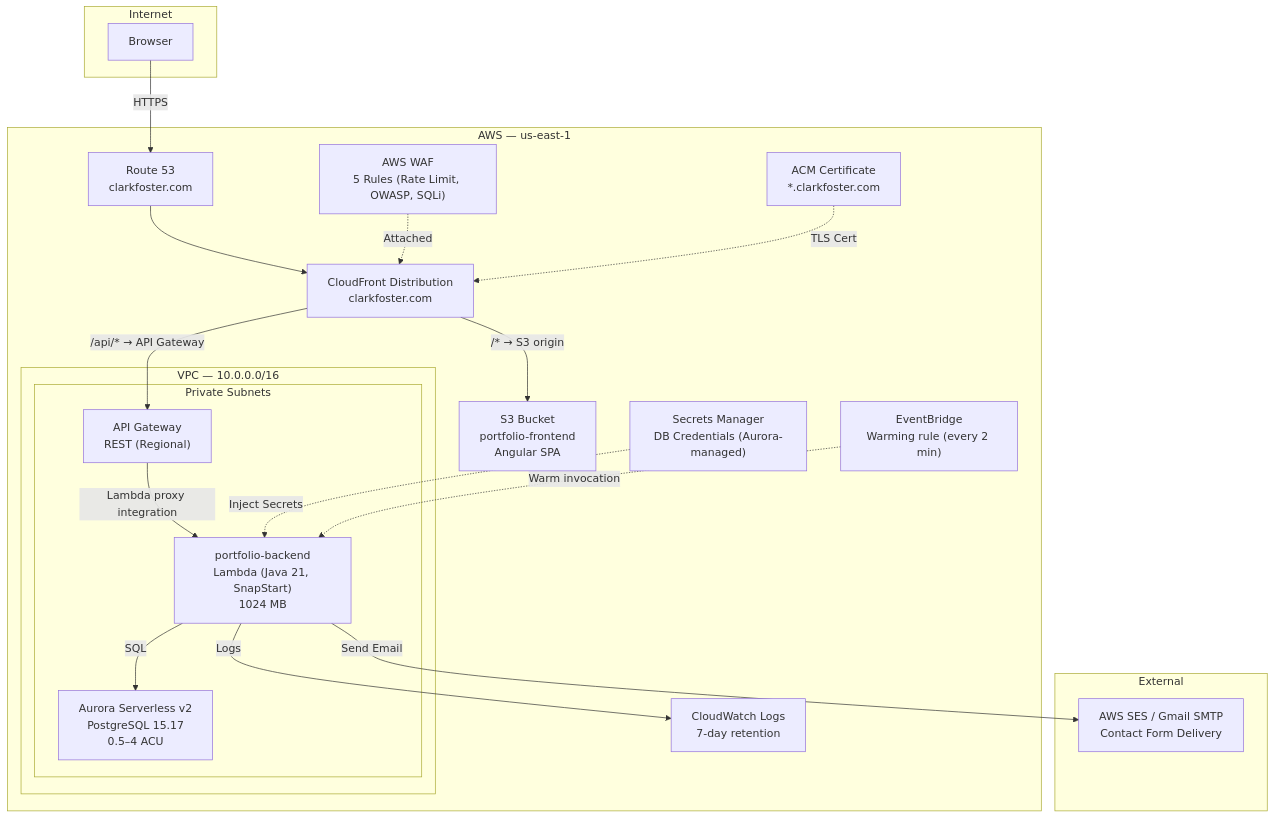
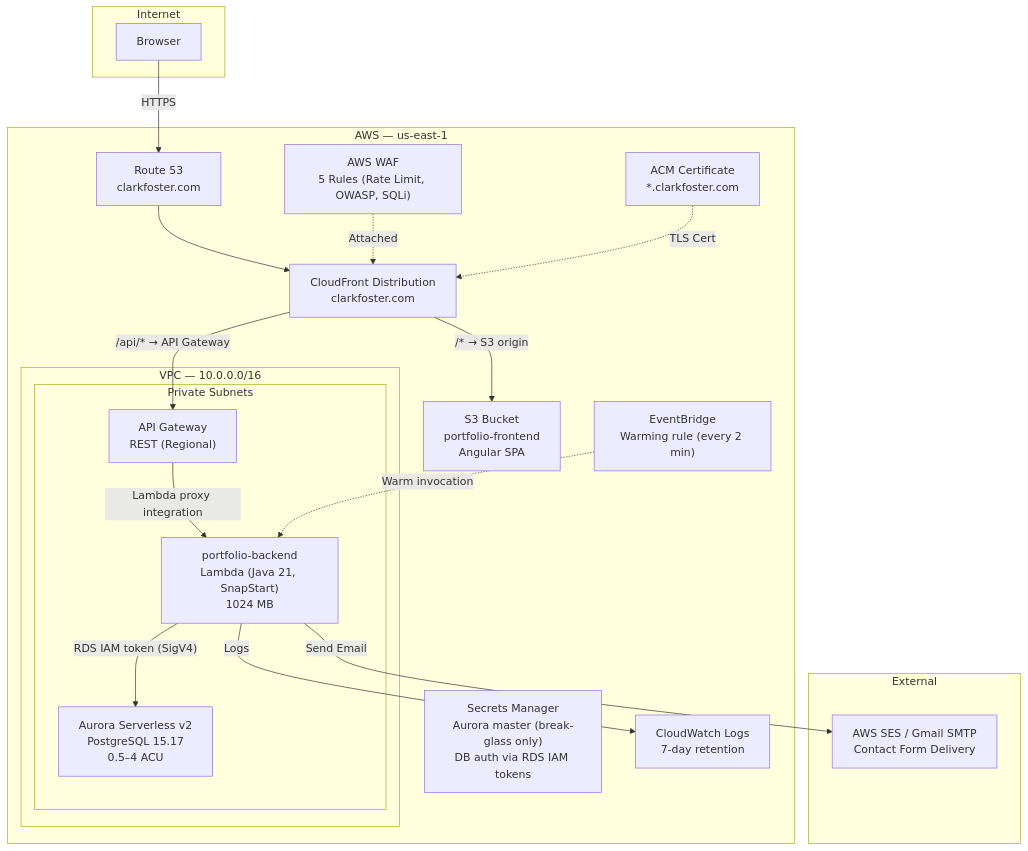
The first of 16 diagrams in portfolio-frontend/public/docs/ARCHITECTURE.md (clark22134/MyPortfolioWebsite), drawn with Mermaid before and after one commit. The commit also changed other lines of this file and 39 other files, not shown here.

````diff
--- a/portfolio-frontend/public/docs/ARCHITECTURE.md
+++ b/portfolio-frontend/public/docs/ARCHITECTURE.md
@@ -9,43 +9,42 @@
 ```mermaid
 graph TB
     subgraph Internet
         Browser[Browser]
     end
 
     subgraph AWS["AWS — us-east-1"]
         Route53["Route 53<br/>clarkfoster.com"]
         WAF["AWS WAF<br/>5 Rules (Rate Limit, OWASP, SQLi)"]
         ACM["ACM Certificate<br/>*.clarkfoster.com"]
         CF["CloudFront Distribution<br/>clarkfoster.com"]
         S3["S3 Bucket<br/>portfolio-frontend<br/>Angular SPA"]
 
         subgraph VPC["VPC — 10.0.0.0/16"]
             subgraph Private["Private Subnets"]
                 APIGW["API Gateway<br/>REST (Regional)"]
                 Lambda["portfolio-backend<br/>Lambda (Java 21, SnapStart)<br/>1024 MB"]
                 Aurora["Aurora Serverless v2<br/>PostgreSQL 15.17<br/>0.5–4 ACU"]
             end
         end
 
-        SM["Secrets Manager<br/>DB Credentials (Aurora-managed)"]
+        SM["Secrets Manager<br/>Aurora master (break-glass only)<br/>DB auth via RDS IAM tokens"]
         CW["CloudWatch Logs<br/>7-day retention"]
         EB["EventBridge<br/>Warming rule (every 2 min)"]
     end
 
     subgraph External
         SMTP["AWS SES / Gmail SMTP<br/>Contact Form Delivery"]
     end
 
     Browser -->|HTTPS| Route53
     Route53 --> CF
     WAF -.->|Attached| CF
     ACM -.->|TLS Cert| CF
     CF -->|"/* → S3 origin"| S3
     CF -->|"/api/* → API Gateway"| APIGW
     APIGW -->|Lambda proxy integration| Lambda
-    Lambda -->|SQL| Aurora
+    Lambda -->|"RDS IAM token (SigV4)"| Aurora
     Lambda -->|Send Email| SMTP
-    SM -.->|Inject Secrets| Lambda
     Lambda -->|Logs| CW
     EB -.->|Warm invocation| Lambda
 ```
````
